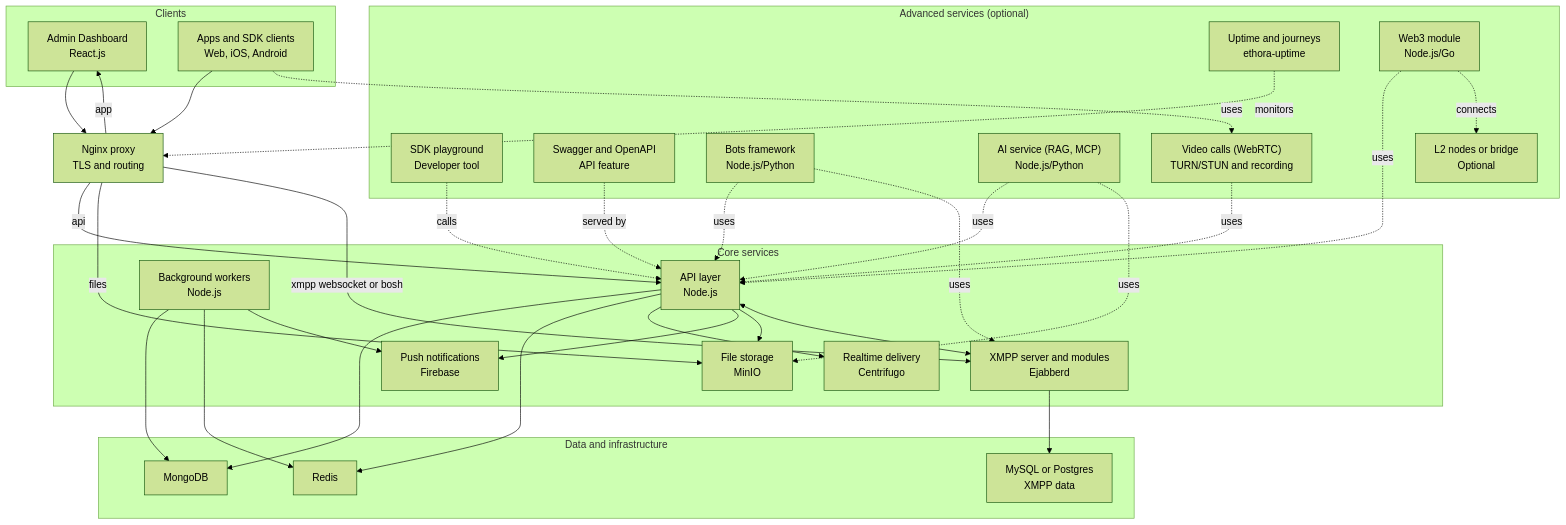
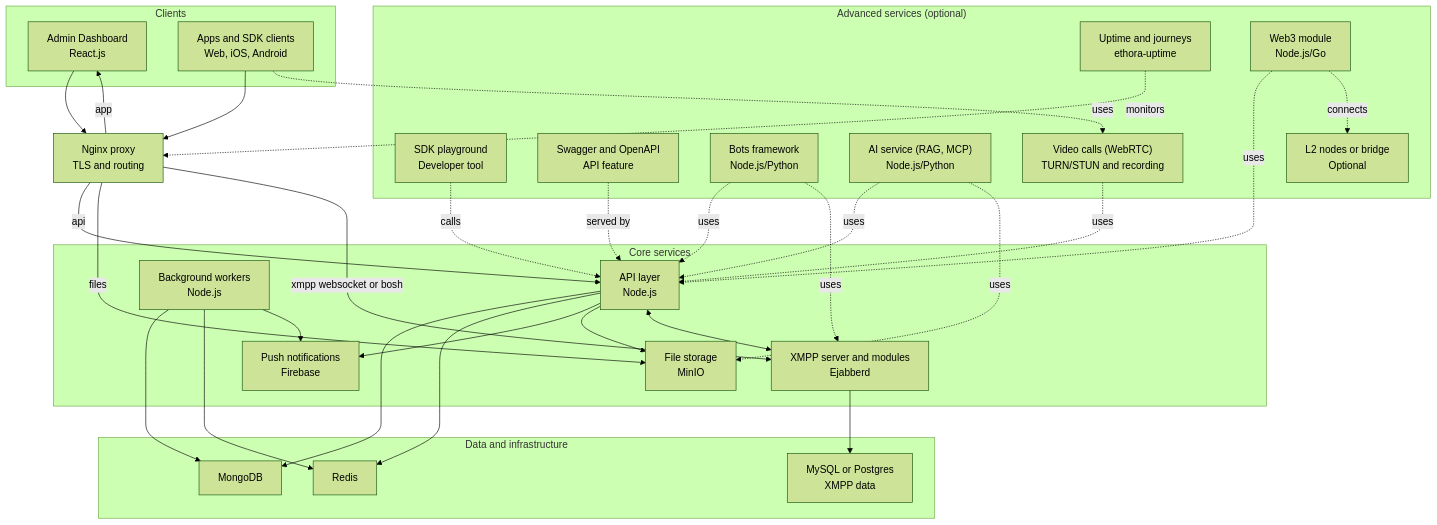
The diagram in docs/DEPLOY_ARCHITECTURE.md (dappros/ethora-install), drawn with Mermaid (forest theme) before and after one commit. The commit also changed other lines of this file and 66 other files, not shown here.

````diff
--- a/docs/DEPLOY_ARCHITECTURE.md
+++ b/docs/DEPLOY_ARCHITECTURE.md
@@ -109,67 +109,65 @@
 ```mermaid
 flowchart TB
   %% Note: Keep labels GitHub-mermaid compatible (avoid HTML tags and complex punctuation).
   subgraph Clients
     AdminUI["Admin Dashboard<br/>React.js"]
     EndUsers["Apps and SDK clients<br/>Web, iOS, Android"]
   end
 
   Nginx["Nginx proxy<br/>TLS and routing"]
 
   AdminUI --> Nginx
   EndUsers --> Nginx
 
   subgraph Core["Core services"]
     API["API layer<br/>Node.js"]
     Jobs["Background workers<br/>Node.js"]
     XMPP["XMPP server and modules<br/>Ejabberd"]
     Push["Push notifications<br/>Firebase"]
     Files["File storage<br/>MinIO"]
-    RT["Realtime delivery<br/>Centrifugo"]
   end
 
   subgraph Data["Data and infrastructure"]
     Mongo["MongoDB"]
     Redis["Redis"]
     SQL["MySQL or Postgres<br/>XMPP data"]
   end
 
   Nginx -->|api| API
   Nginx -->|app| AdminUI
   Nginx -->|files| Files
   Nginx -->|xmpp websocket or bosh| XMPP
 
   API --> Mongo
   API --> Redis
-  API --> RT
   API --> Push
   API --> Files
   Jobs --> Mongo
   Jobs --> Redis
   Jobs --> Push
   XMPP --> SQL
   API <--> XMPP
 
   subgraph Advanced["Advanced services (optional)"]
     Uptime["Uptime and journeys<br/>ethora-uptime"]
     Playground["SDK playground<br/>Developer tool"]
     Swagger["Swagger and OpenAPI<br/>API feature"]
     Bots["Bots framework<br/>Node.js/Python"]
     AI["AI service (RAG, MCP)<br/>Node.js/Python"]
     Web3["Web3 module<br/>Node.js/Go"]
     Nodes["L2 nodes or bridge<br/>Optional"]
     Video["Video calls (WebRTC)<br/>TURN/STUN and recording"]
   end
 
   Uptime -. monitors .-> Nginx
   Playground -. calls .-> API
   Swagger -. served by .-> API
   Bots -. uses .-> API
   Bots -. uses .-> XMPP
   AI -. uses .-> API
   AI -. uses .-> Files
   Web3 -. uses .-> API
   Web3 -. connects .-> Nodes
   Video -. uses .-> API
   EndUsers -. uses .-> Video
 ```
````
